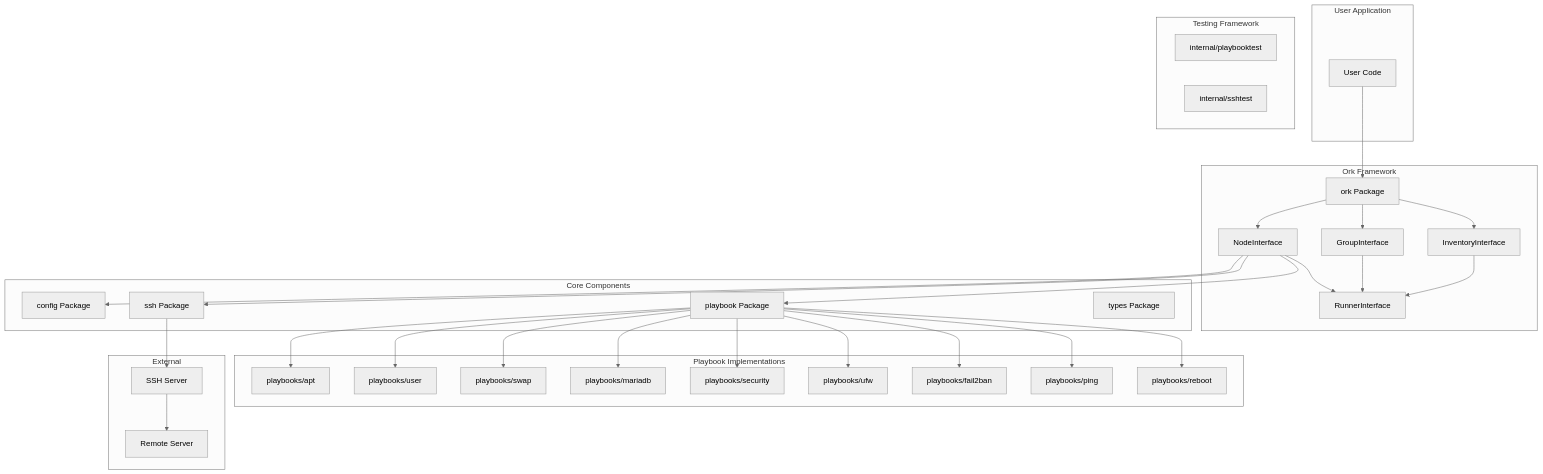
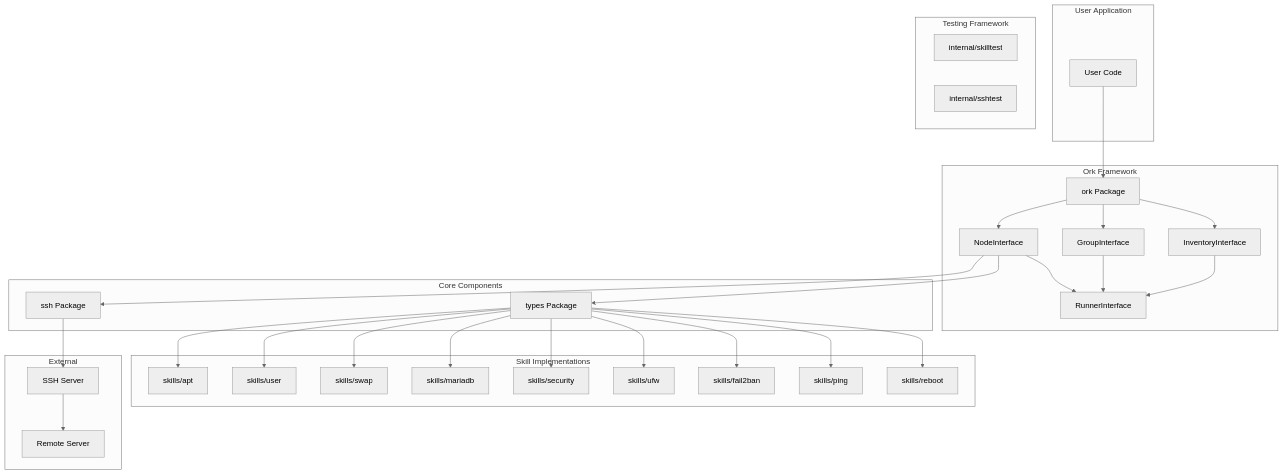
One commit to dracory/ork changed the first of 12 diagrams in docs/livewiki/architecture.md. Above: the diagram before and after it, drawn with Mermaid (neutral theme). The commit also changed other lines of this file and 20 other files, not shown here.

Commit message:
refactor: update terminology from playbooks to skills across comparison documentation

````diff
--- a/docs/livewiki/architecture.md
+++ b/docs/livewiki/architecture.md
@@ -17,65 +22,62 @@
 ```mermaid
 graph TB
     subgraph "User Application"
         A[User Code]
     end
     
     subgraph "Ork Framework"
         B[ork Package]
         C[NodeInterface]
         D[GroupInterface]
         E[InventoryInterface]
         F[RunnerInterface]
     end
     
     subgraph "Core Components"
-        G[config Package]
         H[ssh Package]
-        I[playbook Package]
         J[types Package]
     end
     
     subgraph "Testing Framework"
-        TF1[internal/playbooktest]
+        TF1[internal/skilltest]
         TF2[internal/sshtest]
     end
     
-    subgraph "Playbook Implementations"
-        K[playbooks/apt]
-        L[playbooks/user]
-        M[playbooks/swap]
-        N[playbooks/mariadb]
-        O[playbooks/security]
-        P[playbooks/ufw]
-        Q[playbooks/fail2ban]
-        R[playbooks/ping]
-        S[playbooks/reboot]
+    subgraph "Skill Implementations"
+        K[skills/apt]
+        L[skills/user]
+        M[skills/swap]
+        N[skills/mariadb]
+        O[skills/security]
+        P[skills/ufw]
+        Q[skills/fail2ban]
+        R[skills/ping]
+        S[skills/reboot]
     end
     
     subgraph "External"
         T[SSH Server]
         U[Remote Server]
     end
     
     A --> B
     B --> C
     B --> D
     B --> E
     C --> F
     D --> F
     E --> F
-    C --> G
     C --> H
-    C --> I
-    I --> K
-    I --> L
-    I --> M
-    I --> N
-    I --> O
-    I --> P
-    I --> Q
-    I --> R
-    I --> S
+    C --> J
+    J --> K
+    J --> L
+    J --> M
+    J --> N
+    J --> O
+    J --> P
+    J --> Q
+    J --> R
+    J --> S
     H --> T
     T --> U
 ```
````
